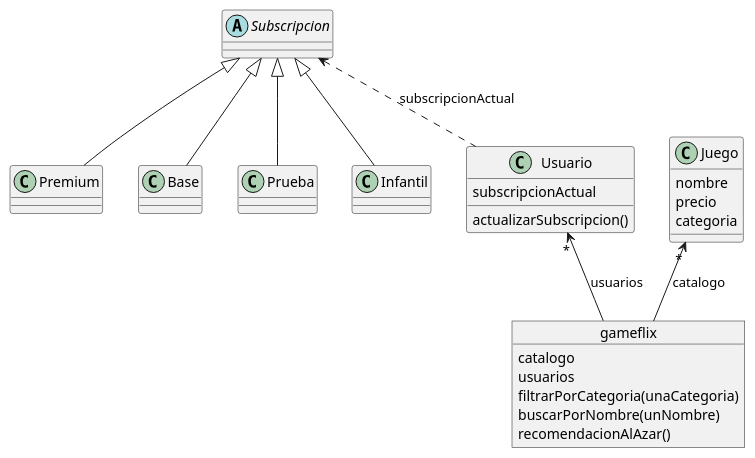
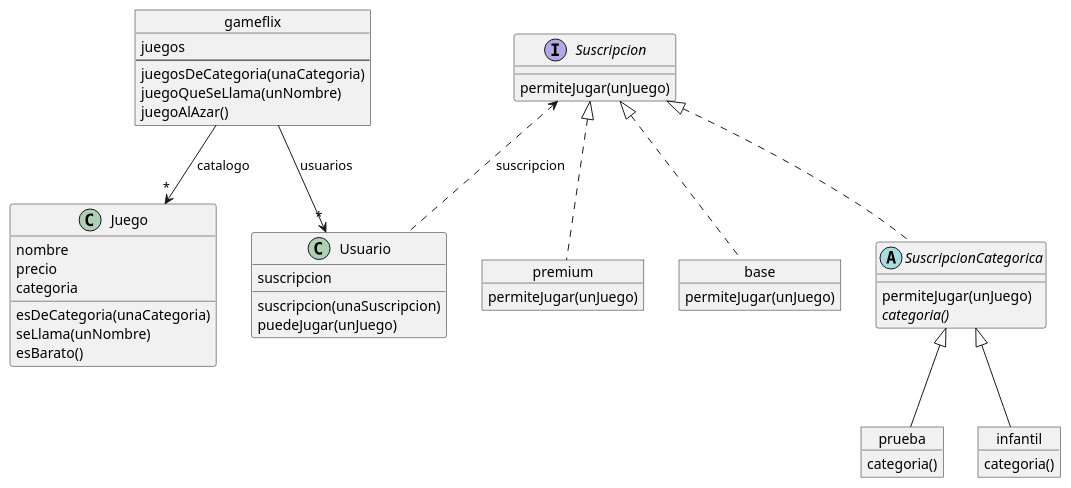
The diagram in Gameflix/diagramaDeClases.puml (JuliKoro/objetos-pdep), drawn with PlantUML before and after one commit. The commit also changed 5 other files, not shown here.

Commit message:
Clases y objetos comenzados y diagramados

```diff
--- a/Gameflix/diagramaDeClases.puml
+++ b/Gameflix/diagramaDeClases.puml
@@ -1,49 +1,63 @@
 @startuml
 
-abstract class Subscripcion {
-
-}
-
-class Premium extends Subscripcion {
-
-}
-
-class Base extends Subscripcion {
-
-}
-
-class Prueba extends Subscripcion {
-
-}
-
-class Infantil extends Subscripcion {
-
-}
-
-class Usuario {
-	subscripcionActual
-
-	actualizarSubscripcion()
+object gameflix {
+	juegos
+--
+	juegosDeCategoria(unaCategoria)
+	juegoQueSeLlama(unNombre)
+	juegoAlAzar()
 }
 
 class Juego {
 	nombre
 	precio
-  categoria
+	categoria
+
+	esDeCategoria(unaCategoria)
+	seLlama(unNombre)
+	esBarato()
 }
 
-object gameflix {
-	catalogo
-  usuarios
+class Usuario {
+	suscripcion
 
-	filtrarPorCategoria(unaCategoria)
-	buscarPorNombre(unNombre)
-
-	recomendacionAlAzar()
+	suscripcion(unaSuscripcion)
+	puedeJugar(unJuego)
 }
 
-Juego "*" <-- gameflix : catalogo
-Usuario "*" <-- gameflix : usuarios
-Subscripcion <.. Usuario : subscripcionActual
+object premium {
+	permiteJugar(unJuego)
+}
+
+object base {
+	permiteJugar(unJuego)
+}
+
+interface Suscripcion {
+	permiteJugar(unJuego)
+}
+
+abstract class SuscripcionCategorica implements Suscripcion {
+	permiteJugar(unJuego)
+	{abstract} categoria()
+}
+
+object prueba {
+	categoria()
+}
+
+object infantil {
+	categoria()
+}
+
+SuscripcionCategorica <|-- prueba
+SuscripcionCategorica <|-- infantil
+Suscripcion <|.. premium
+Suscripcion <|.. base
+Suscripcion <.. Usuario : suscripcion
+
+Juego "*" <-up- gameflix : catalogo
+Usuario "*" <-up- gameflix : usuarios
+
 
 @enduml
```
